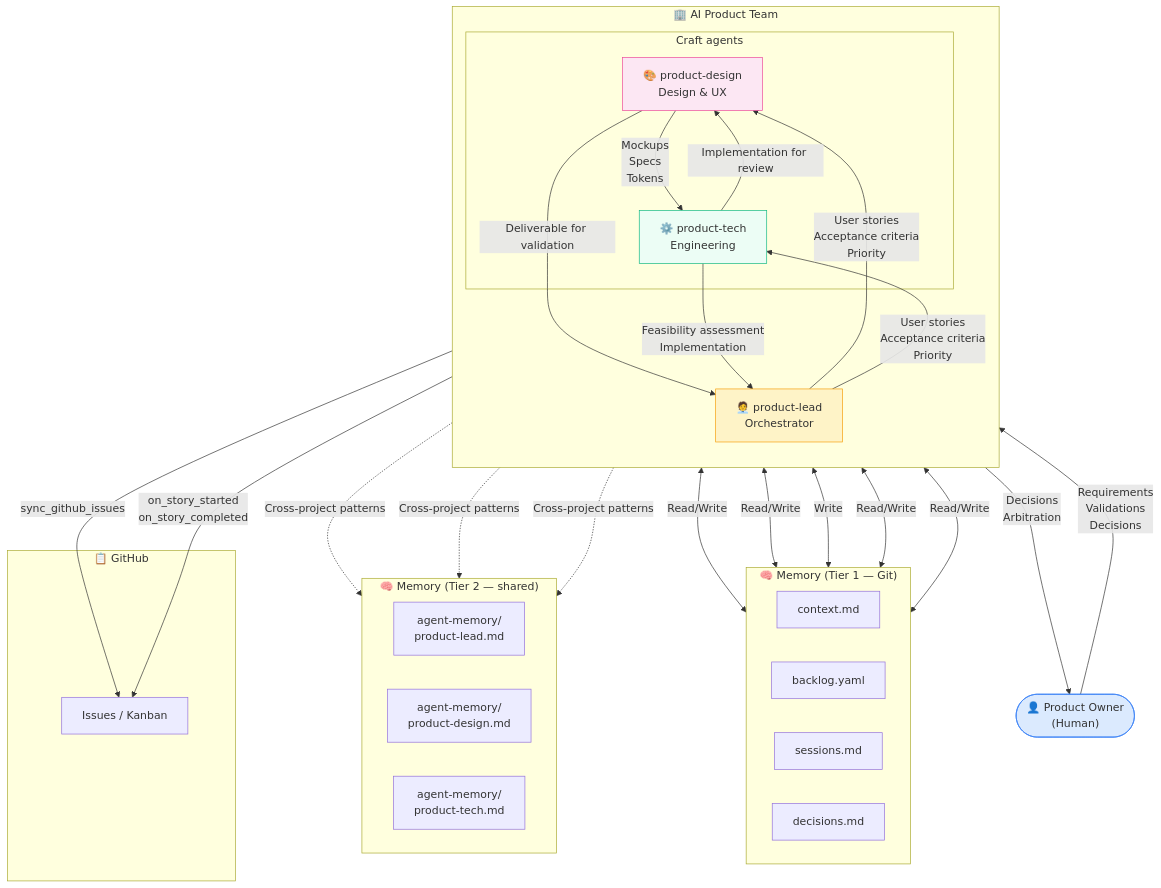
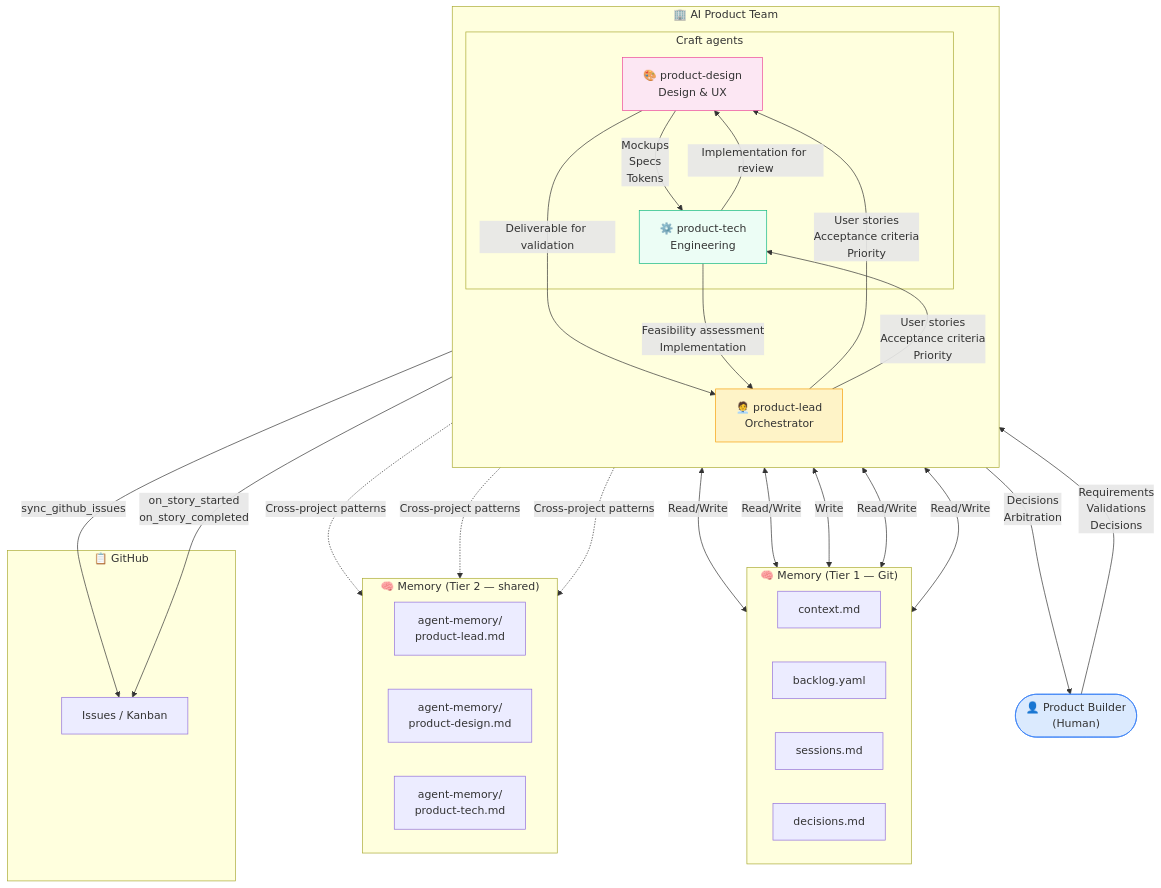
Before and after one commit to Sylvermix/Product_Team_Workspace: the first of 4 diagrams in projects/atelier/docs/diagrams/team-agents.md, drawn with Mermaid. The commit also changed other lines of this file, not shown here.

First line of the commit message:
docs(atelier): rename Product Owner → Product Builder in team diagram

````diff
--- a/projects/atelier/docs/diagrams/team-agents.md
+++ b/projects/atelier/docs/diagrams/team-agents.md
@@ -7,61 +7,61 @@
 ```mermaid
 flowchart TD
-    HUMAN(["👤 Product Owner\n(Human)"])
+    HUMAN(["👤 Product Builder\n(Human)"])
 
     subgraph TEAM ["🏢 AI Product Team"]
         direction TB
 
         LEAD["🧑‍💼 product-lead\nOrchestrator"]
 
         subgraph CRAFT ["Craft agents"]
             DESIGN["🎨 product-design\nDesign & UX"]
             TECH["⚙️ product-tech\nEngineering"]
         end
     end
 
     subgraph MEMORY ["🧠 Memory (Tier 1 — Git)"]
         direction LR
         CTX["context.md"]
         BKL["backlog.yaml"]
         SESS["sessions.md"]
         DEC["decisions.md"]
     end
 
     subgraph TIER2 ["🧠 Memory (Tier 2 — shared)"]
         direction LR
         ML["agent-memory/\nproduct-lead.md"]
         MD["agent-memory/\nproduct-design.md"]
         MT["agent-memory/\nproduct-tech.md"]
     end
 
     subgraph GITHUB ["📋 GitHub"]
         ISSUES["Issues / Kanban"]
     end
 
     HUMAN -->|"Requirements\nValidations\nDecisions"| LEAD
     LEAD -->|"User stories\nAcceptance criteria\nPriority"| DESIGN
     LEAD -->|"User stories\nAcceptance criteria\nPriority"| TECH
     DESIGN -->|"Mockups\nSpecs\nTokens"| TECH
     DESIGN -->|"Deliverable for validation"| LEAD
     TECH -->|"Feasibility assessment\nImplementation"| LEAD
     TECH -->|"Implementation for review"| DESIGN
     LEAD -->|"Decisions\nArbitration"| HUMAN
 
     LEAD <-->|"Read/Write"| BKL
     LEAD <-->|"Read/Write"| DEC
     LEAD <-->|"Write"| SESS
     DESIGN <-->|"Read/Write"| CTX
     TECH <-->|"Read/Write"| CTX
 
     LEAD -->|"sync_github_issues"| ISSUES
     TECH -->|"on_story_started\non_story_completed"| ISSUES
 
     LEAD -.->|"Cross-project patterns"| ML
     DESIGN -.->|"Cross-project patterns"| MD
     TECH -.->|"Cross-project patterns"| MT
 
     style HUMAN fill:#dbeafe,stroke:#3b82f6
     style LEAD fill:#fef3c7,stroke:#f59e0b
     style DESIGN fill:#fce7f3,stroke:#ec4899
     style TECH fill:#ecfdf5,stroke:#10b981
 ```
````
